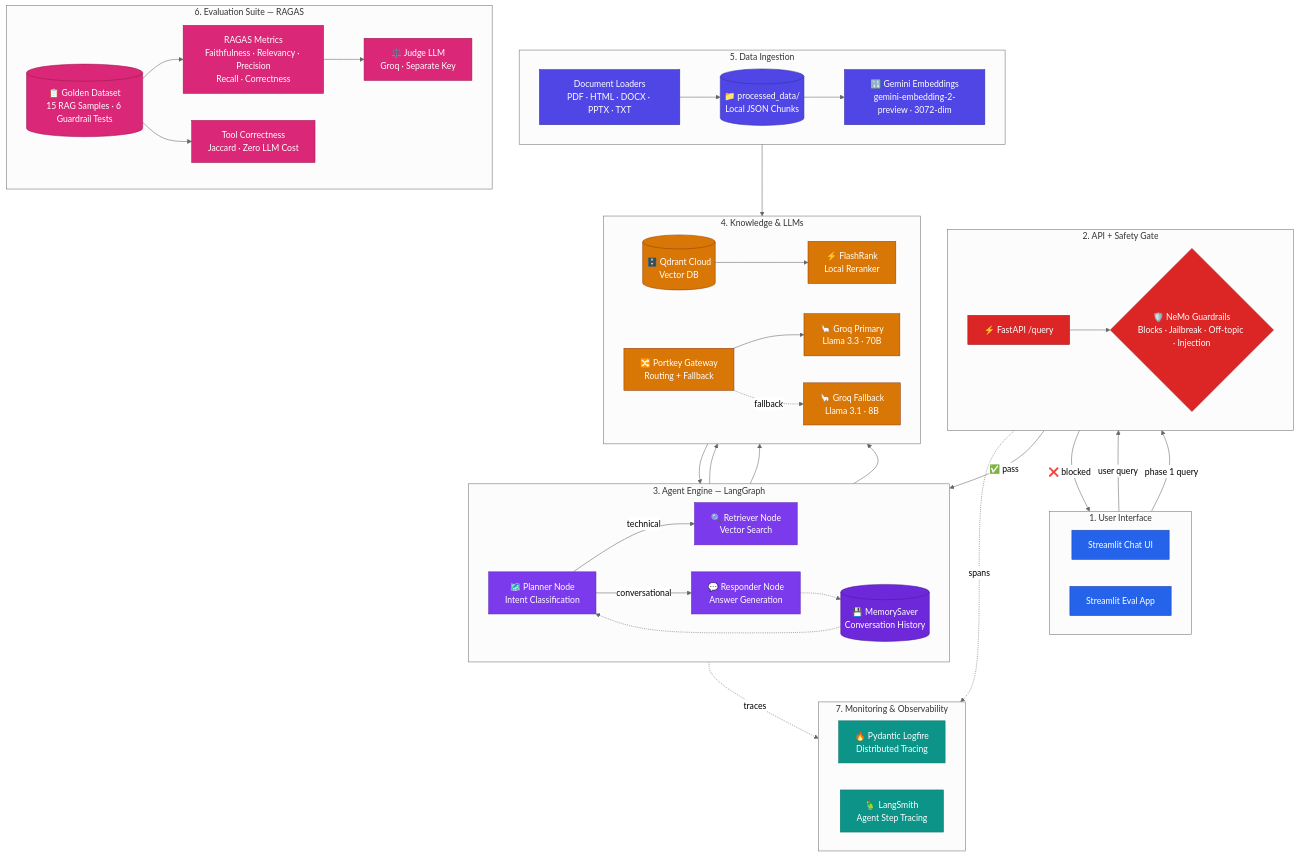
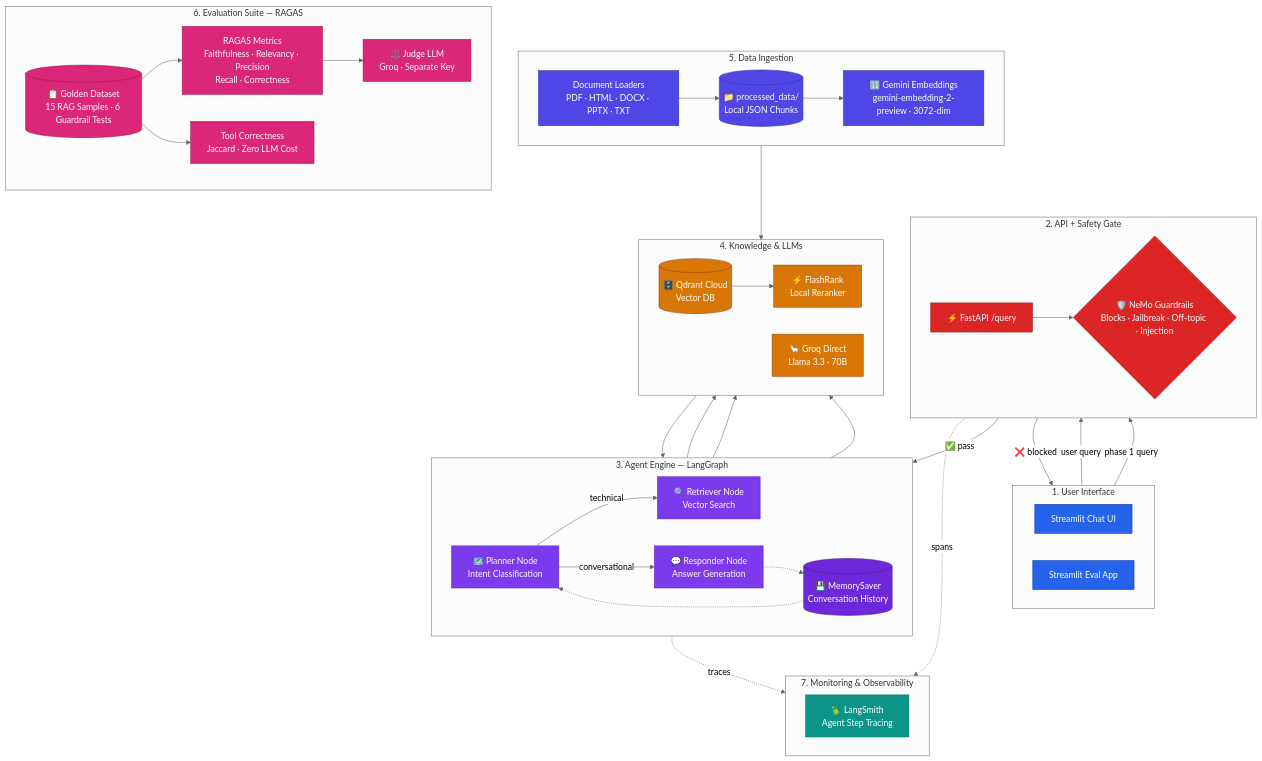
The second of 3 diagrams in ARCHITECTURE.md (SanthoshAmbati113/Advanced-Rag-System), drawn with Mermaid (neutral theme) before and after one commit. The commit also changed other lines of this file and 65 other files, not shown here.

Commit message:
Simplify RAG architecture with LangSmith observability

````diff
--- a/ARCHITECTURE.md
+++ b/ARCHITECTURE.md
@@ -150,9 +145,7 @@
         direction LR
         QD[("🗄️ Qdrant Cloud\nVector DB")]
         FR["⚡ FlashRank\nLocal Reranker"]
-        PK["🔀 Portkey Gateway\nRouting + Fallback"]
-        G1["🦙 Groq Primary\nLlama 3.3 · 70B"]
-        G2["🦙 Groq Fallback\nLlama 3.1 · 8B"]
+        G1["🦙 Groq Direct\nLlama 3.3 · 70B"]
     end
 
     subgraph INGEST ["5. Data Ingestion"]
@@ -172,7 +165,6 @@
 
     subgraph OBS ["7. Monitoring & Observability"]
         direction LR
-        LF["🔥 Pydantic Logfire\nDistributed Tracing"]
         LS["🦜 LangSmith\nAgent Step Tracing"]
     end
 
@@ -187,10 +179,8 @@
     RT --> QD
     QD --> FR
     FR --> RS
-    RS --> PK
-    PL --> PK
-    PK --> G1
-    PK -.->|"fallback"| G2
+    RS --> G1
+    PL --> G1
     RS -.-> MEM
     MEM -.-> PL
 
@@ -205,7 +195,7 @@
     RAGAS --> JG
 
     %% ── Observability ────────────────────────────────────────────────────────
-    API -.->|"spans"| LF
+    API -.->|"spans"| LS
     AGENT -.->|"traces"| LS
 
     %% ── Colours ──────────────────────────────────────────────────────────────
@@ -221,9 +211,9 @@
     class CHAT,EAPP ui
     class API,GR safety
     class PL,RT,RS agent
-    class QD,FR,PK,G1,G2 knowledge
+    class QD,FR,G1 knowledge
     class LOAD,PROC,EMB ingest
     class GD,RAGAS,TC,JG evals
-    class LF,LS obs
+    class LS obs
     class MEM memory
 ```
````
